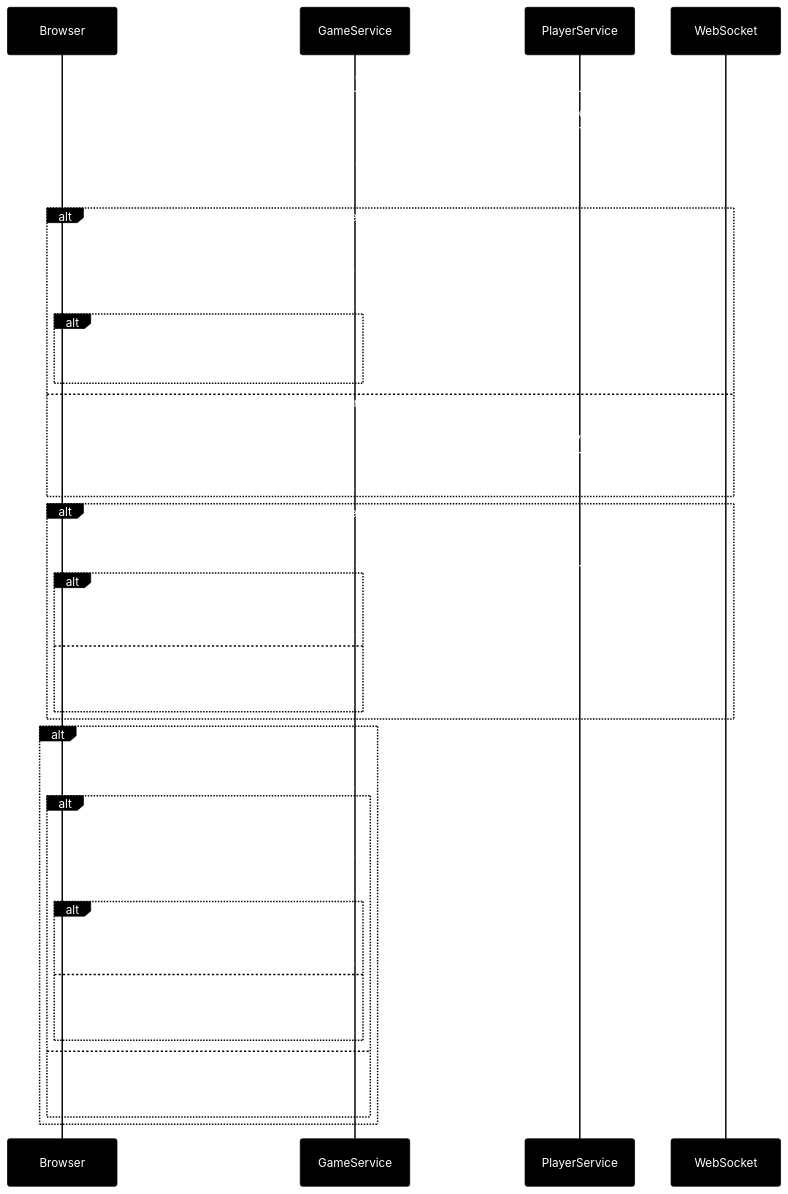
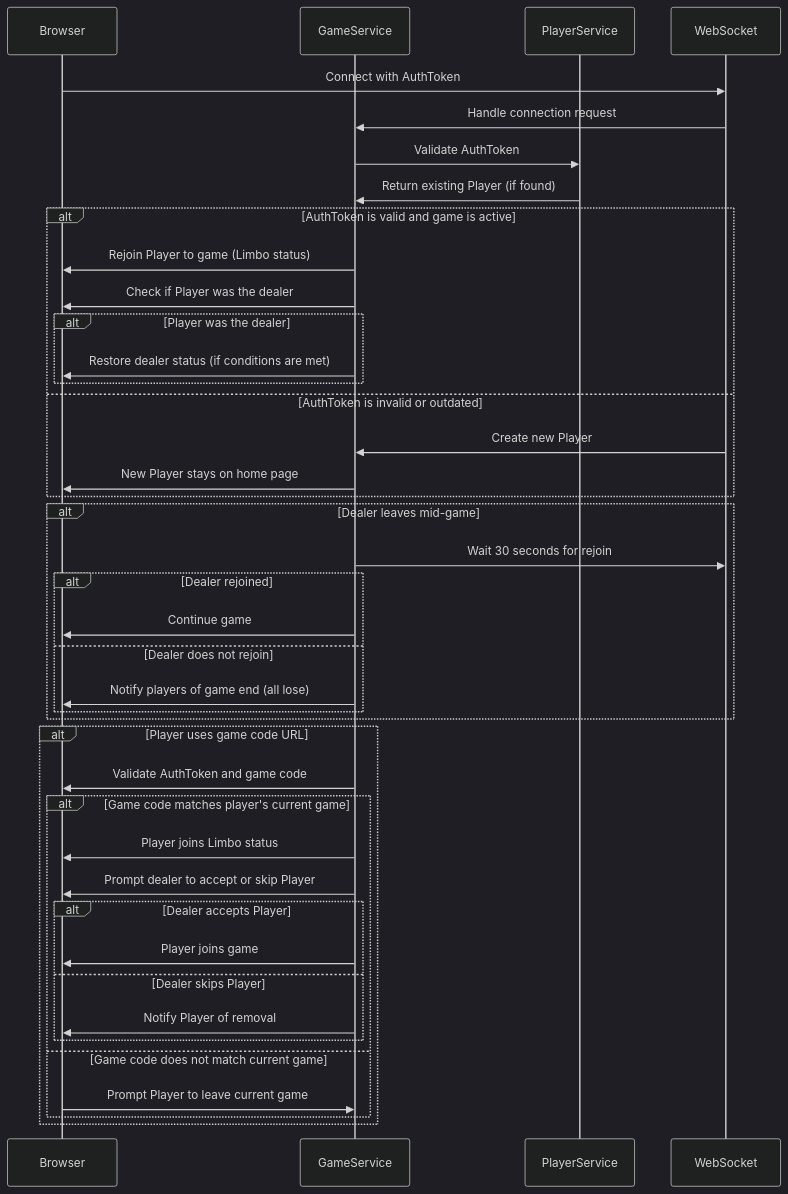
One commit to dandonahoe/crude-cards changed the diagram in README.md. Above: the diagram before and after it, drawn with Mermaid. The commit also changed other lines of this file, not shown here.

````diff
--- a/README.md
+++ b/README.md
@@ -352,59 +389,51 @@
 ```mermaid
-%%{init: {'theme': 'base', 'themeVariables': { 
-  'primaryColor': '#000', 
-  'primaryTextColor': '#fff', 
-  'edgeLabelBackground':'#f0f',
-  'tertiaryColor': '#ff6347',
-  'tertiaryTextColor': '#000',
-  'secondaryColor': '#4caf50',
-  'secondaryTextColor': '#fff',
-  'noteBkgColor': '#ffffe0',
-  'noteTextColor': '#000'
+%%{init: {'theme': 'dark', 'themeVariables': { 
+
 }}}%%
 sequenceDiagram
     participant Browser
     participant GameService
     participant PlayerService
     participant WebSocket
 
     Browser->>WebSocket: Connect with AuthToken
     WebSocket->>GameService: Handle connection request
     GameService->>PlayerService: Validate AuthToken
     PlayerService->>GameService: Return existing Player (if found)
     
     alt AuthToken is valid and game is active
         GameService->>Browser: Rejoin Player to game (Limbo status)
         GameService->>Browser: Check if Player was the dealer
         alt Player was the dealer
             GameService->>Browser: Restore dealer status (if conditions are met)
         end
     else AuthToken is invalid or outdated
         WebSocket->>GameService: Create new Player
         GameService->>Browser: New Player stays on home page
     end
 
     alt Dealer leaves mid-game
         GameService->>WebSocket: Wait 30 seconds for rejoin
         alt Dealer rejoined
             GameService->>Browser: Continue game
         else Dealer does not rejoin
             GameService->>Browser: Notify players of game end (all lose)
         end
     end
 
     alt Player uses game code URL
         GameService->>Browser: Validate AuthToken and game code
         alt Game code matches player's current game
             GameService->>Browser: Player joins Limbo status
             GameService->>Browser: Prompt dealer to accept or skip Player
             alt Dealer accepts Player
                 GameService->>Browser: Player joins game
             else Dealer skips Player
                 GameService->>Browser: Notify Player of removal
             end
         else Game code does not match current game
             Browser->>GameService: Prompt Player to leave current game
         end
     end
 
 ```
````
